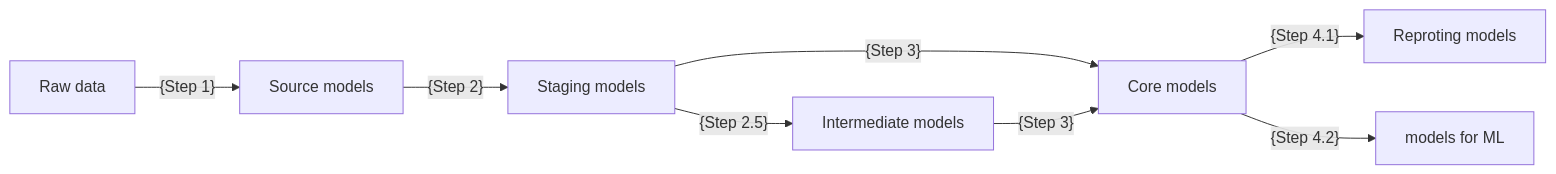
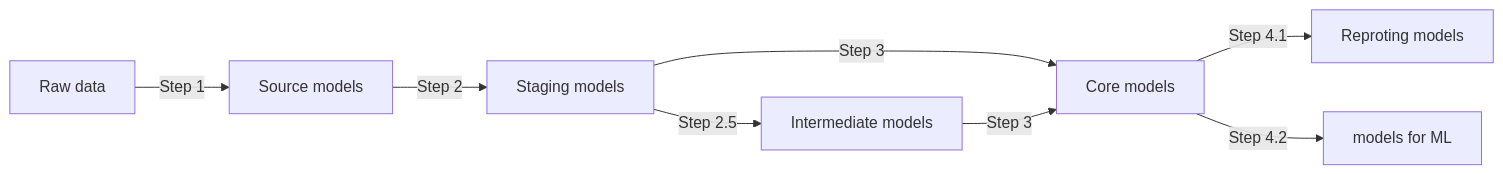
The diagram in README.md (data-hanalytics-io/dbt-template-hanalytics), drawn with Mermaid before and after one commit.

Commit message:
correct readme

````diff
--- a/README.md
+++ b/README.md
@@ -17,10 +17,10 @@
 ```mermaid
 graph LR
-A[Raw data] -- {Step 1} --> B[Source models]
-B[Source models] -- {Step 2} --> C[Staging models]
-C[Staging models] -- {Step 2.5} --> D[Intermediate models]
-C[Staging models] -- {Step 3} --> E[Core models]
-D[Intermediate models] -- {Step 3} --> E[Core models]
-E[Core models] -- {Step 4.1} --> F[Reproting models]
-E[Core models] -- {Step 4.2} --> G[models for ML]
+A[Raw data] -- Step 1 --> B[Source models]
+B[Source models] -- Step 2 --> C[Staging models]
+C[Staging models] -- Step 2.5 --> D[Intermediate models]
+C[Staging models] -- Step 3 --> E[Core models]
+D[Intermediate models] -- Step 3 --> E[Core models]
+E[Core models] -- Step 4.1 --> F[Reproting models]
+E[Core models] -- Step 4.2 --> G[models for ML]
 ```
````
